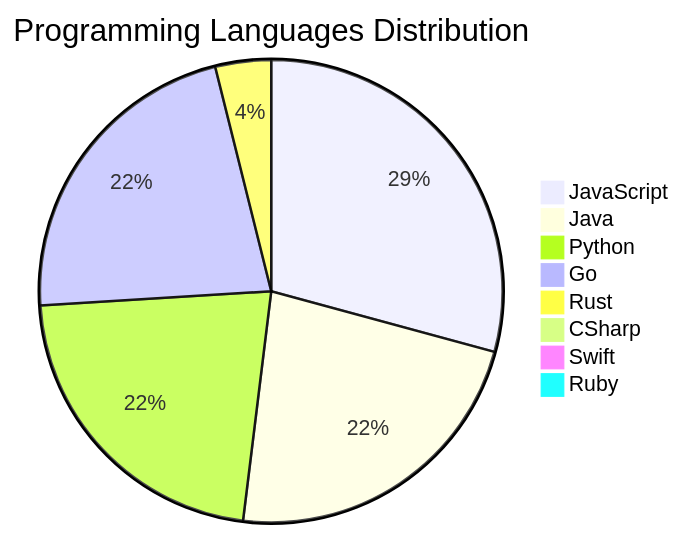
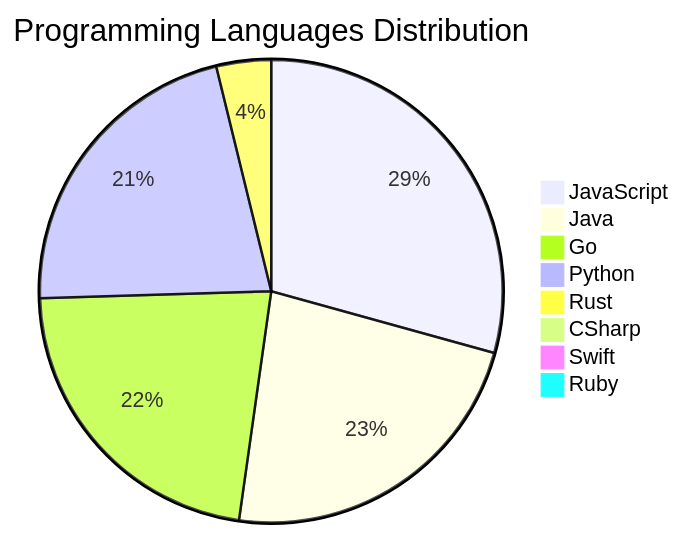
One commit to Derrick-MUGISHA/github-activity-bot changed the diagram in README.md. Above: the diagram before and after it, drawn with Mermaid. The commit also changed other lines of this file and 4 other files, not shown here.

````diff
--- a/README.md
+++ b/README.md
@@ -209,11 +209,11 @@
 ```mermaid
 pie title Programming Languages Distribution
-    "JavaScript" : 45
-    "Java" : 35
+    "JavaScript" : 46
+    "Java" : 36
+    "Go" : 35
     "Python" : 34
-    "Go" : 34
     "Rust" : 6
     "CSharp" : 1
     "Swift" : 1
     "Ruby" : 1
 ```
````
